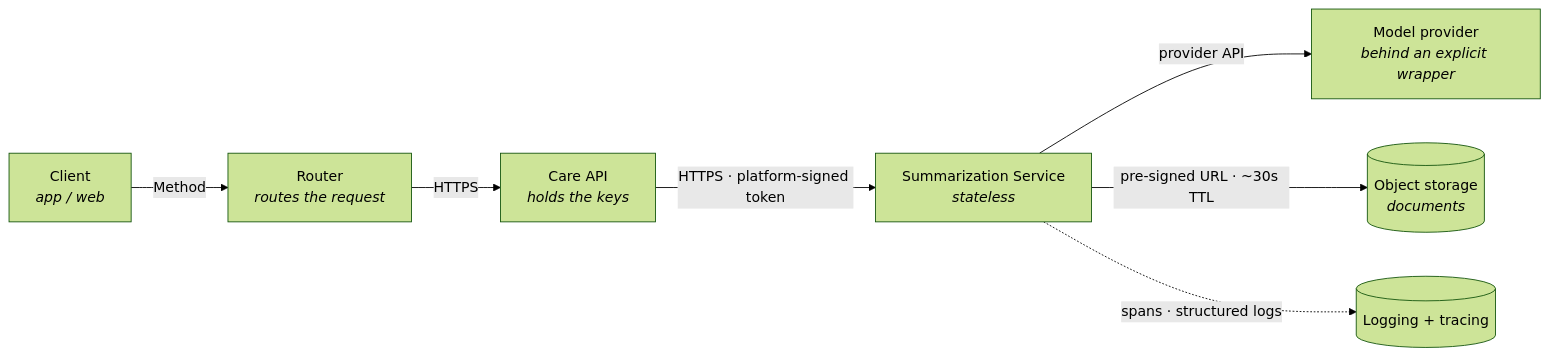
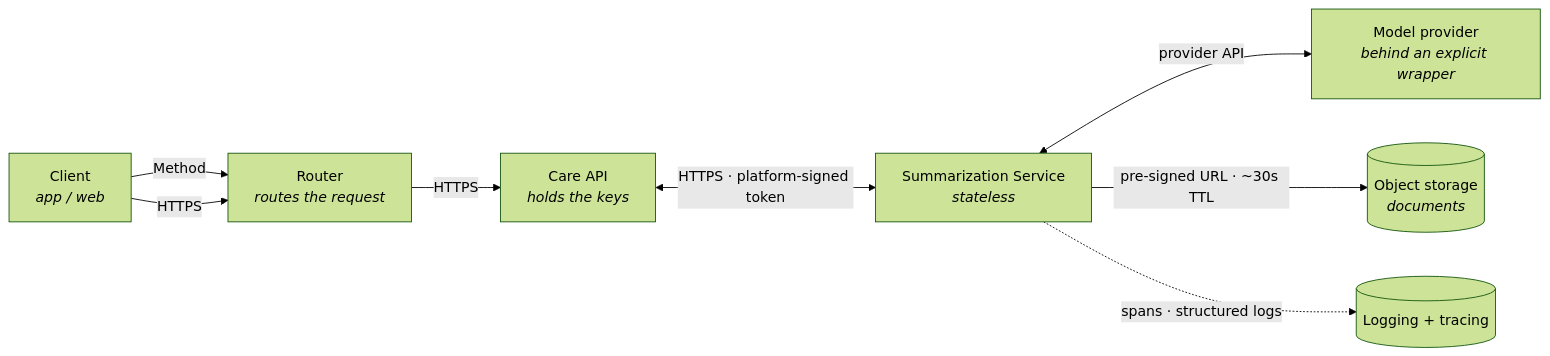
The diagram in topology.md (p91006/architecture), drawn with Mermaid (forest theme) before and after one commit.

Commit message:
Bi-directional

````diff
--- a/topology.md
+++ b/topology.md
@@ -5,18 +5,19 @@
 ```mermaid
 
 flowchart LR
     C["Client<br/><i>app / web</i>"]
     R["Router<br/><i>routes the request</i>"]
     A["Care API<br/><i>holds the keys</i>"]
     S["Summarization Service<br/><i>stateless</i>"]
     P["Model provider<br/><i>behind an explicit wrapper</i>"]
     G[("Object storage<br/><i>documents</i>")]
     O[("Logging + tracing")]
 
     C -->|"Method"| R
     R -->|"HTTPS"| A
-    A -->|"HTTPS · platform-signed token"| S
-    S -->|"provider API"| P
+    C -->|"HTTPS"| R
+    A <-->|"HTTPS · platform-signed token"| S
+    S <-->|"provider API"| P
     S -->|"pre-signed URL · ~30s TTL"| G
     S -.->|"spans · structured logs"| O
 ```
````
